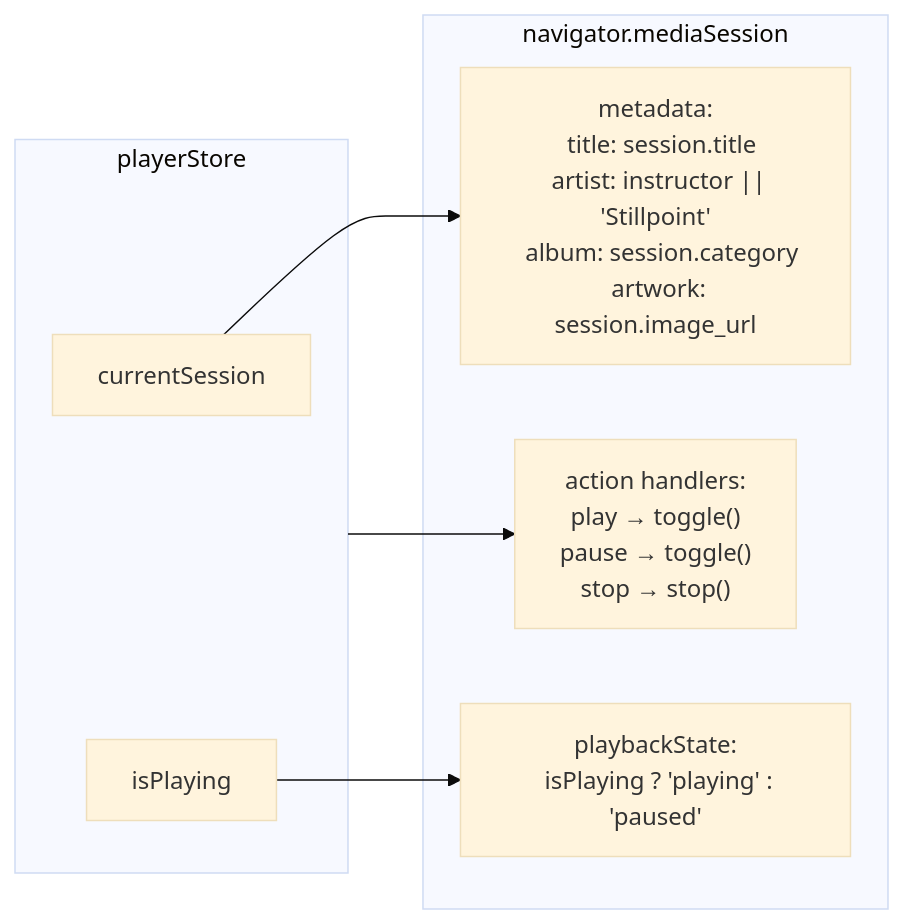
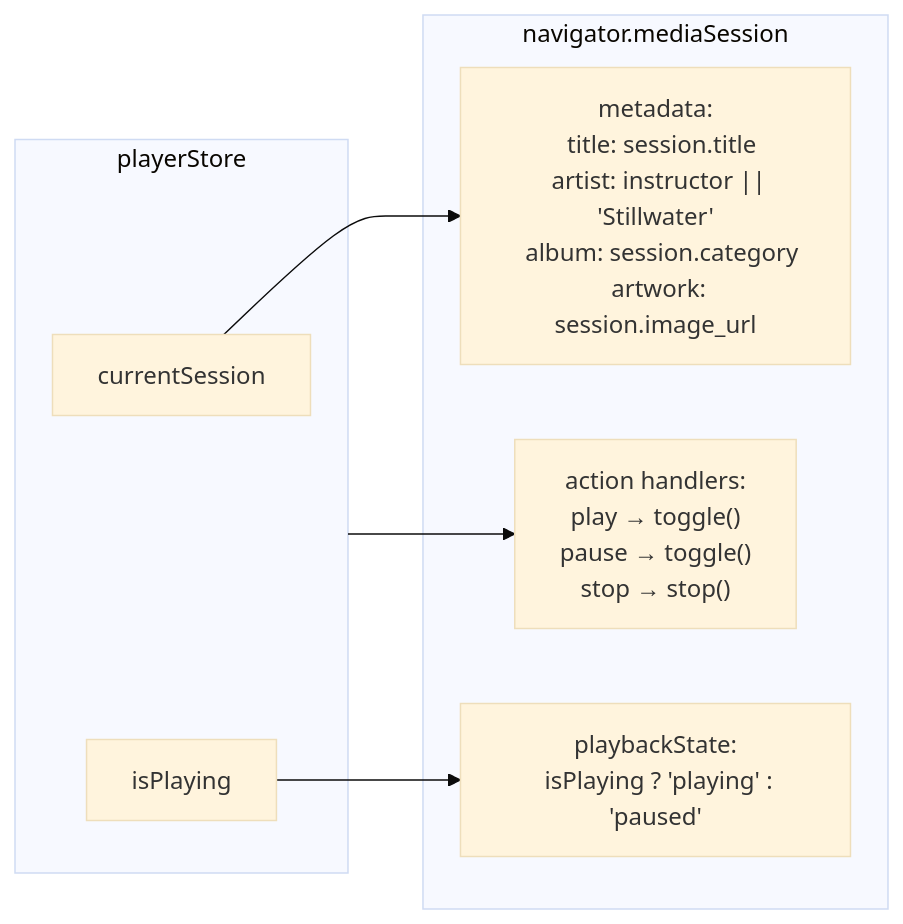
One commit to 5x5x5x5/stillwater changed the fifth of 6 diagrams in docs/architecture/04-audio-system.md. Above: the diagram before and after it, drawn with Mermaid (base theme). The commit also changed 38 other files, not shown here.

First line of the commit message:
Rename app from Stillpoint to Stillwater

````diff
--- a/docs/architecture/04-audio-system.md
+++ b/docs/architecture/04-audio-system.md
@@ -151,17 +151,17 @@
 ```mermaid
 flowchart LR
     subgraph Store["playerStore"]
         CS[currentSession]
         IP[isPlaying]
     end
 
     subgraph MediaSession["navigator.mediaSession"]
-        META["metadata:\n  title: session.title\n  artist: instructor || 'Stillpoint'\n  album: session.category\n  artwork: session.image_url"]
+        META["metadata:\n  title: session.title\n  artist: instructor || 'Stillwater'\n  album: session.category\n  artwork: session.image_url"]
         ACTIONS["action handlers:\n  play → toggle()\n  pause → toggle()\n  stop → stop()"]
         PBS["playbackState:\n  isPlaying ? 'playing' : 'paused'"]
     end
 
     CS --> META
     IP --> PBS
     Store --> ACTIONS
 ```
````
